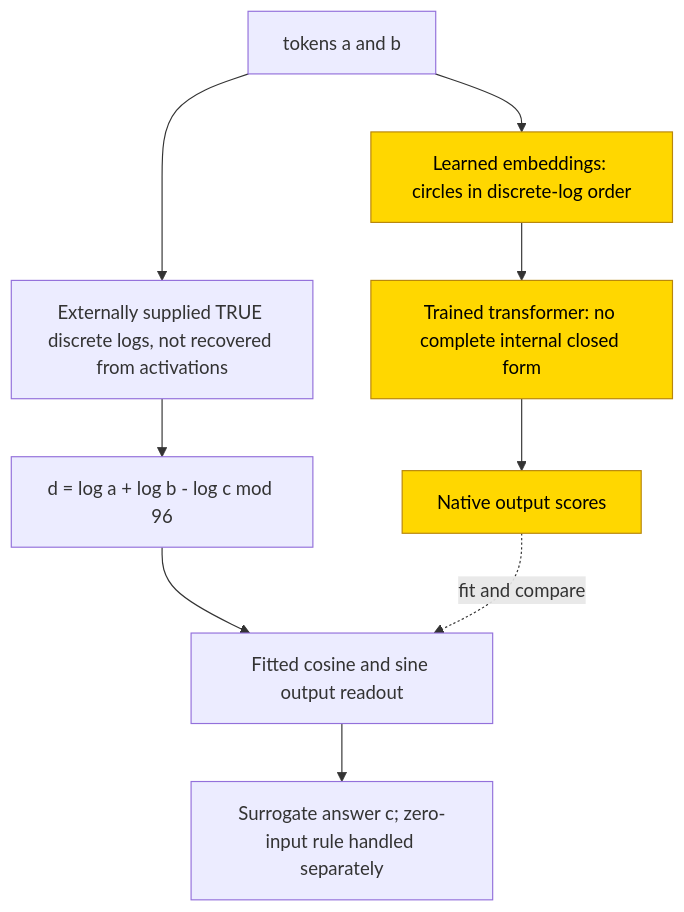
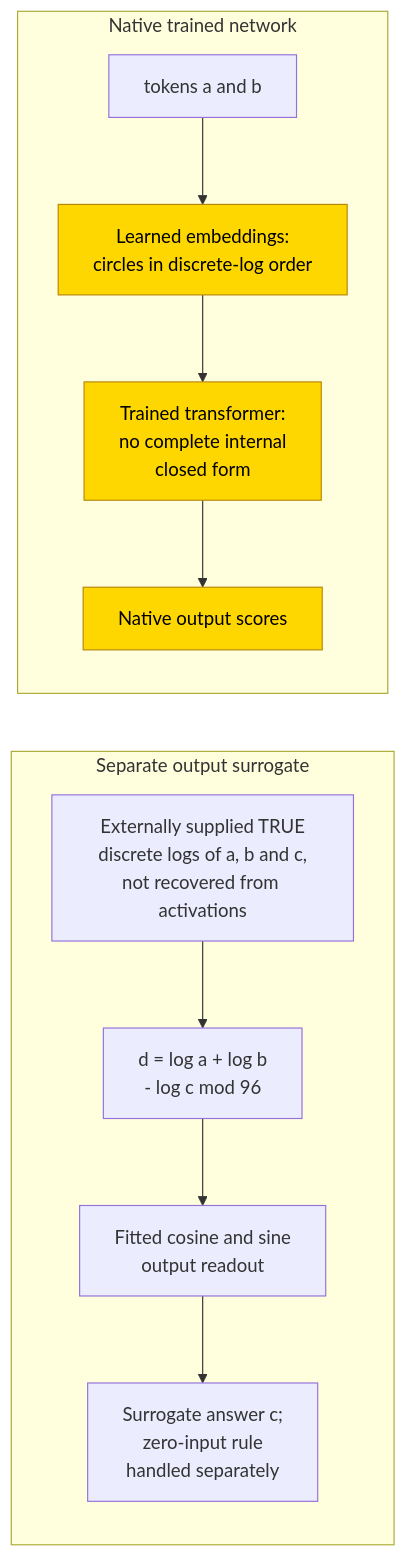
The second of 2 diagrams in entries/modular-arithmetic-mod-97.md (jc1122/mechanistic-interpretability-circuit-atlas), drawn with Mermaid before and after one commit. The commit also changed other lines of this file and 40 other files, not shown here.

First line of the commit message:
Cold-reader pass on all 41 entries: reading routes, first-screen scopes, accessible diagrams, verified headline sources (ux_reader1/2)

````diff
--- a/entries/modular-arithmetic-mod-97.md
+++ b/entries/modular-arithmetic-mod-97.md
@@ -176,13 +186,22 @@
 ```mermaid
 flowchart TD
-    T["tokens a and b"] --> E["Learned embeddings: circles in discrete-log order"]
-    E --> N["Trained transformer: no complete internal closed form"]
-    N --> L["Native output scores"]
-    T --> Q["Externally supplied TRUE discrete logs, not recovered from activations"]
-    Q --> D["d = log a + log b - log c mod 96"]
-    D --> O["Fitted cosine and sine output readout"]
-    L -.->|"fit and compare"| O
-    O --> R["Surrogate answer c; zero-input rule handled separately"]
+    accTitle: Native network and external-log output surrogate
+    accDescr: The marked embeddings, transformer and native output scores are trained. A separate surrogate receives true discrete logarithms externally and fits output scores. This is a partial output readout, with the internal circuit and complement unverified.
+    subgraph NATIVE["Native trained network"]
+        direction TB
+        T["tokens a and b"] --> E["Learned embeddings:<br/>circles in discrete-log order"]
+        E --> N["Trained transformer:<br/>no complete internal<br/>closed form"]
+        N --> L["Native output scores"]
+    end
+    subgraph SURROGATE["Separate output surrogate"]
+        direction TB
+        Q["Externally supplied TRUE<br/>discrete logs of a, b and c,<br/>not recovered from activations"]
+        Q --> D["d = log a + log b<br/>- log c mod 96"]
+        D --> O["Fitted cosine and sine<br/>output readout"]
+        O --> R["Surrogate answer c;<br/>zero-input rule<br/>handled separately"]
+    end
+    %% Invisible link stacks independent panels; it is not a computational path.
+    NATIVE ~~~ SURROGATE
     classDef trained fill:gold,stroke:darkgoldenrod,color:black
     class E,N,L trained
 ```
````
